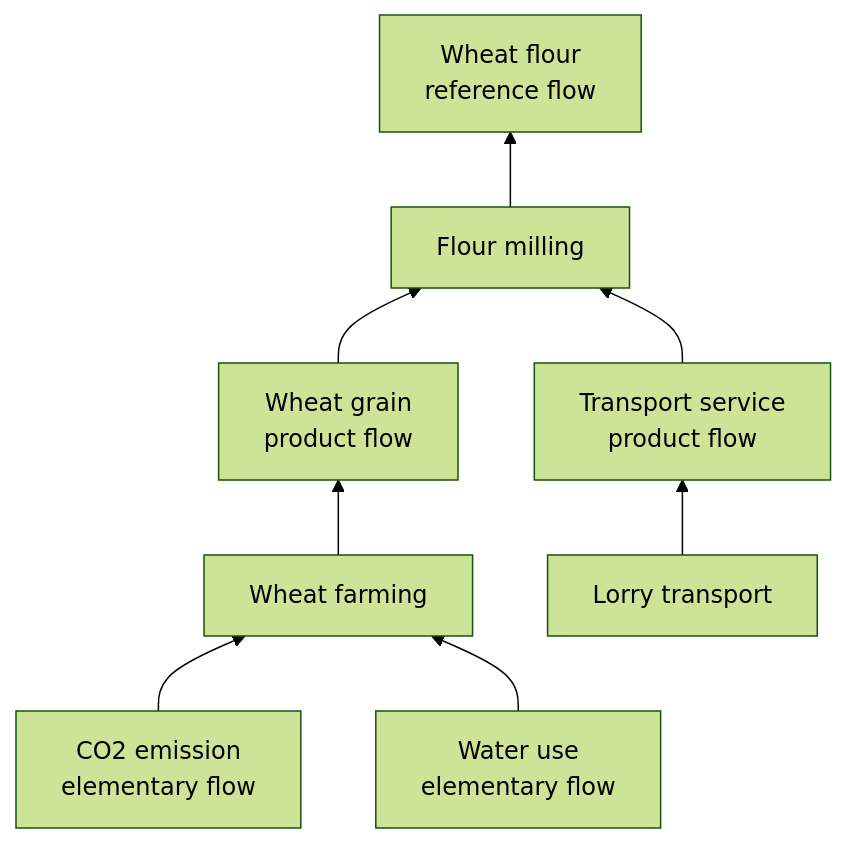
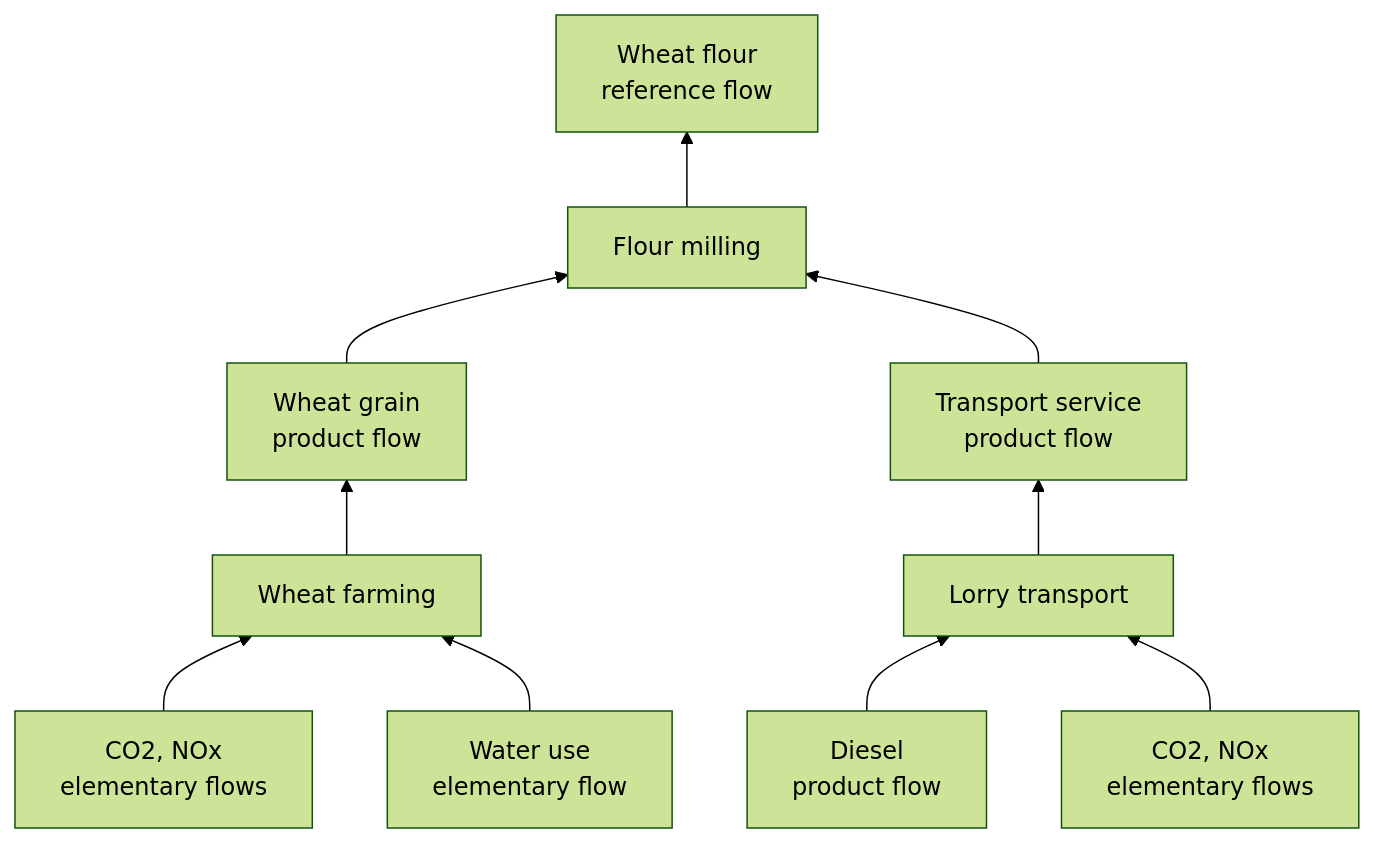
The diagram in README.md (thomasdmcmahon/LCA_Supply_Chain_Database), drawn with Mermaid (forest theme) before and after one commit. The commit also changed other lines of this file and 2 other files, not shown here.

````diff
--- a/README.md
+++ b/README.md
@@ -57,10 +23,14 @@
 ```mermaid
 flowchart BT
-    CO2["CO2 emission<br/>elementary flow"] --> Farm["Wheat farming"]
+    CO2F["CO2, NOx<br/>elementary flows"] --> Farm["Wheat farming"]
     Water["Water use<br/>elementary flow"] --> Farm
-    Wheat["Wheat grain<br/>product flow"] --> Mill["Flour milling"]
-    Farm --> Wheat
-    Transport["Lorry transport"] --> Service["Transport service<br/>product flow"]
+    Farm --> Wheat["Wheat grain<br/>product flow"]
+    Wheat --> Mill["Flour milling"]
+
+    Diesel["Diesel<br/>product flow"] --> Transport["Lorry transport"]
+    CO2T["CO2, NOx<br/>elementary flows"] --> Transport
+    Transport --> Service["Transport service<br/>product flow"]
     Service --> Mill
+
     Mill --> Flour["Wheat flour<br/>reference flow"]
 ```
````
